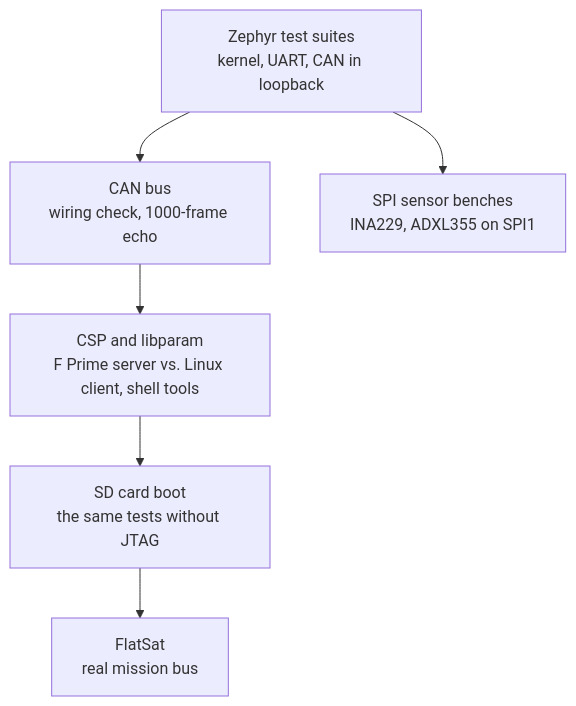
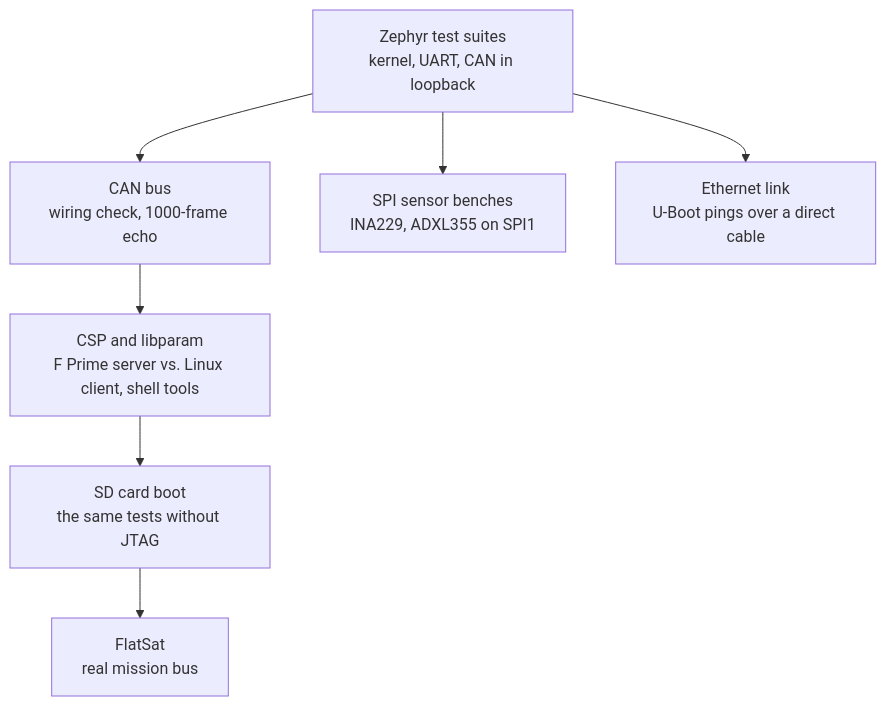
Before and after one commit to SiboVG/ZephyrOSTe0715: the diagram in docs/tests/index.md, drawn with Mermaid. The commit also changed other lines of this file and 7 other files, not shown here.

First line of the commit message:
ethernet: TE-ETH-001 and TC-23, the Ethernet link checked from U-Boot

````diff
--- a/docs/tests/index.md
+++ b/docs/tests/index.md
@@ -7,8 +7,9 @@
 ```mermaid
 flowchart TB
     T1["Zephyr test suites<br/>kernel, UART, CAN in loopback"] --> T2["CAN bus<br/>wiring check, 1000-frame echo"]
     T2 --> T3["CSP and libparam<br/>F Prime server vs. Linux client, shell tools"]
     T3 --> T4["SD card boot<br/>the same tests without JTAG"]
     T4 --> T5["FlatSat<br/>real mission bus"]
     T1 --> S1["SPI sensor benches<br/>INA229, ADXL355 on SPI1"]
+    T1 --> E1["Ethernet link<br/>U-Boot pings over a direct cable"]
 ```
````
